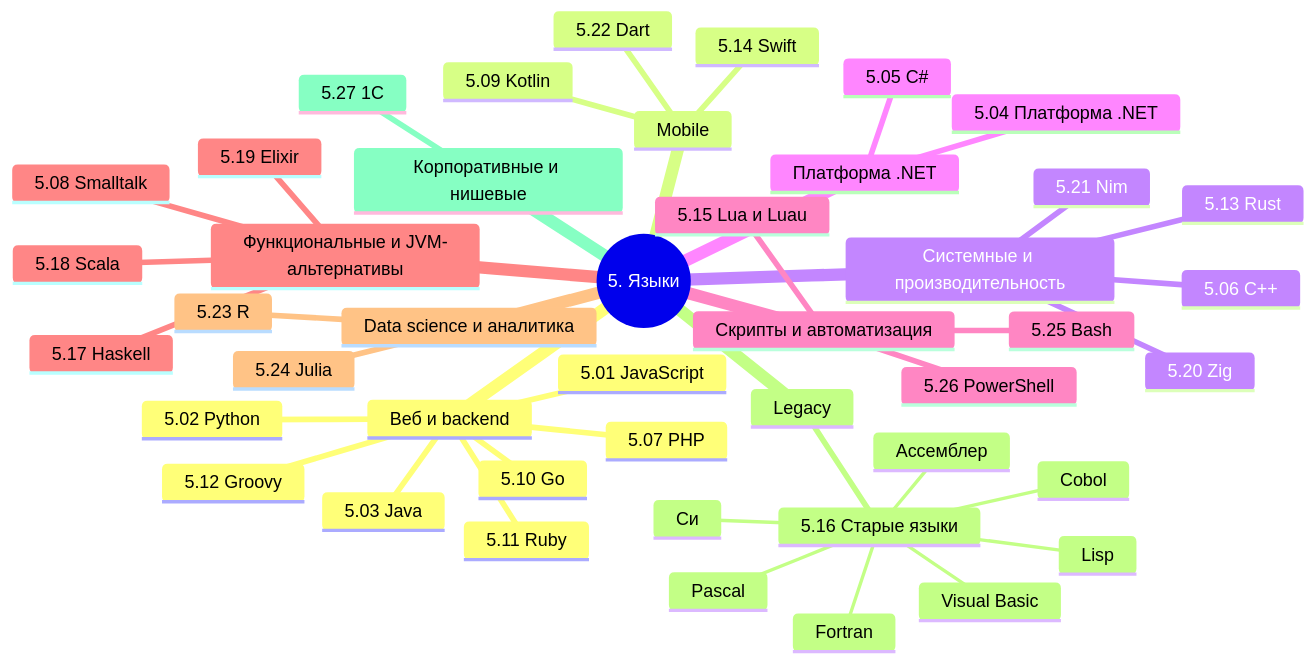
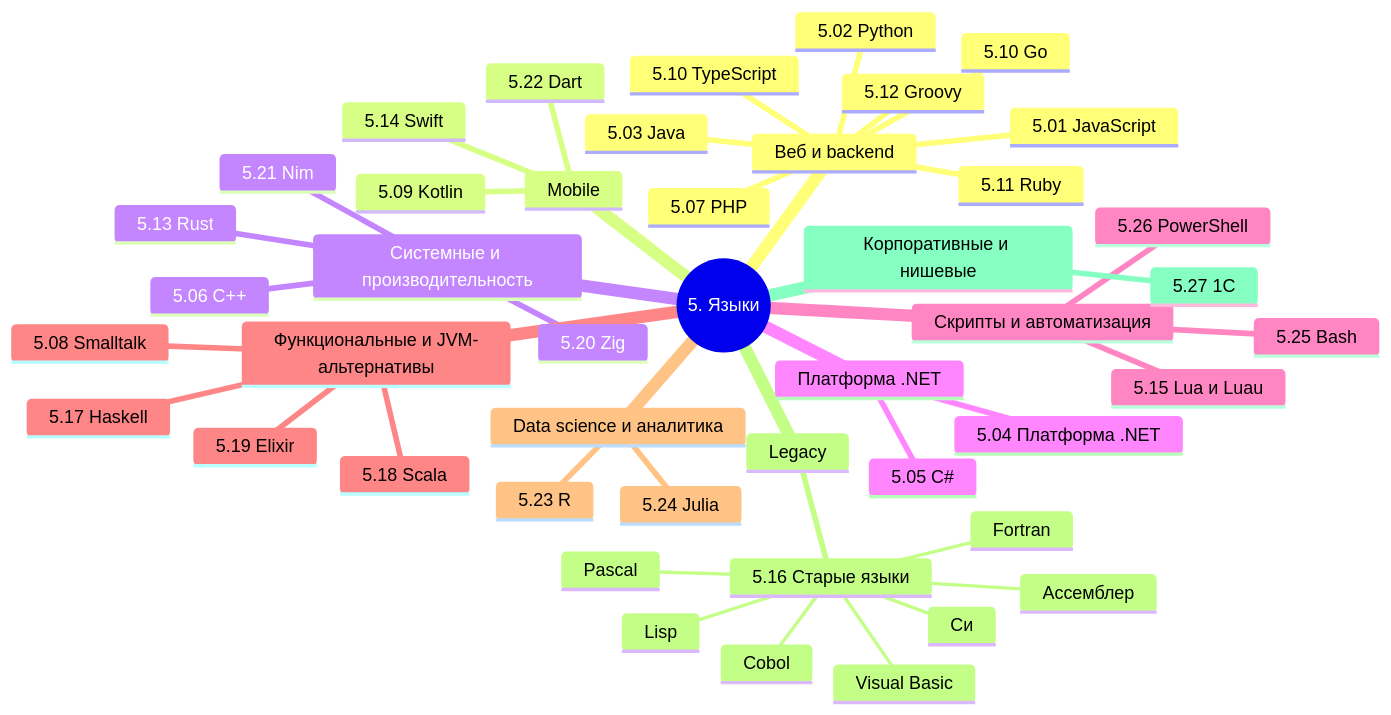
The diagram in docs/section/languages.md (Spirzen/it-knowledge-base), drawn with Mermaid before and after one commit. The commit also changed other lines of this file and 303 other files, not shown here.

````diff
--- a/docs/section/languages.md
+++ b/docs/section/languages.md
@@ -24,47 +24,48 @@
 ```mermaid
 mindmap
   root((5. Языки))
     Веб и backend
       5.01 JavaScript
       5.02 Python
       5.03 Java
       5.07 PHP
       5.10 Go
+      5.10 TypeScript
       5.11 Ruby
       5.12 Groovy
     Mobile
       5.09 Kotlin
       5.14 Swift
       5.22 Dart
     Системные и производительность
       5.06 C++
       5.13 Rust
       5.20 Zig
       5.21 Nim
     Платформа .NET
       5.04 Платформа .NET
       5.05 C#
     Скрипты и автоматизация
       5.15 Lua и Luau
       5.25 Bash
       5.26 PowerShell
     Функциональные и JVM-альтернативы
       5.08 Smalltalk
       5.17 Haskell
       5.18 Scala
       5.19 Elixir
     Data science и аналитика
       5.23 R
       5.24 Julia
     Legacy
       5.16 Старые языки
         Си
         Ассемблер
         Pascal
         Fortran
         Cobol
         Lisp
         Visual Basic
     Корпоративные и нишевые
       5.27 1С
 ```
````
